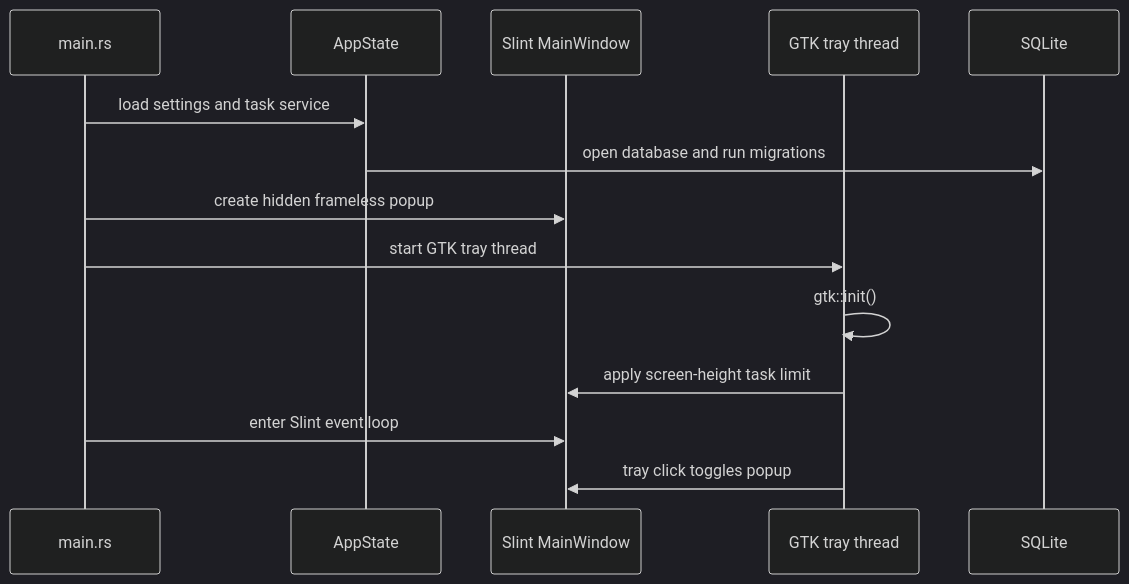
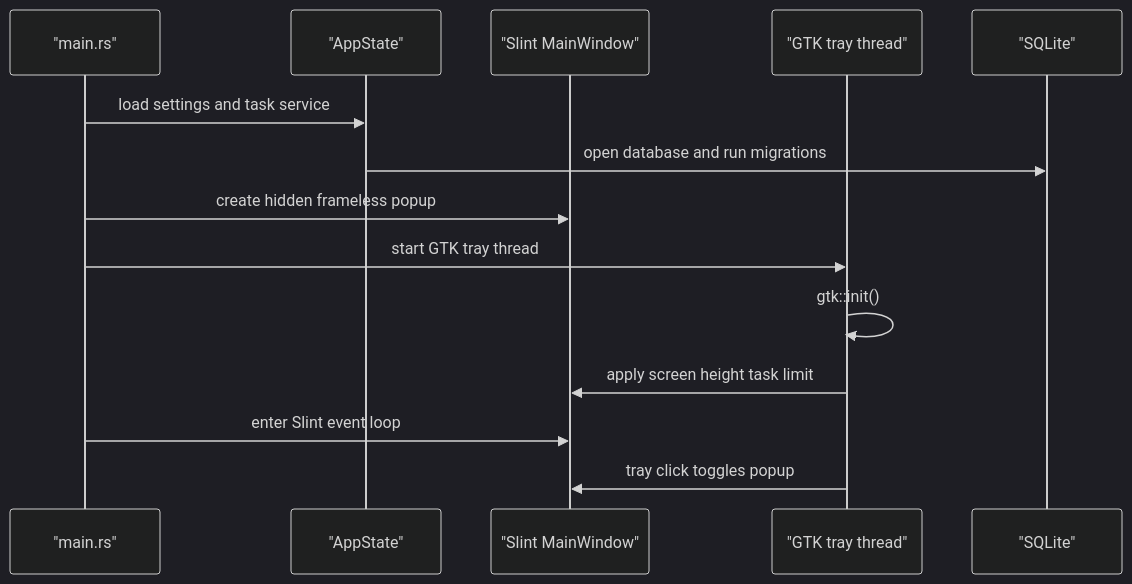
Before and after one commit to jojo8356/taskbar-todolist-desktop: the diagram in DOCS.md, drawn with Mermaid (dark theme). The commit also changed 4 other files, not shown here.

Commit message:
Fix Mermaid diagrams and initialize pnpm

````diff
--- a/DOCS.md
+++ b/DOCS.md
@@ -20,17 +20,17 @@
 ```mermaid
 sequenceDiagram
-    participant Main as main.rs
-    participant State as AppState
-    participant UI as Slint MainWindow
-    participant Tray as GTK tray thread
-    participant DB as SQLite
+    participant Main as "main.rs"
+    participant State as "AppState"
+    participant UI as "Slint MainWindow"
+    participant Tray as "GTK tray thread"
+    participant DB as "SQLite"
 
     Main->>State: load settings and task service
     State->>DB: open database and run migrations
     Main->>UI: create hidden frameless popup
     Main->>Tray: start GTK tray thread
     Tray->>Tray: gtk::init()
-    Tray->>UI: apply screen-height task limit
+    Tray->>UI: apply screen height task limit
     Main->>UI: enter Slint event loop
     Tray->>UI: tray click toggles popup
 ```
````
